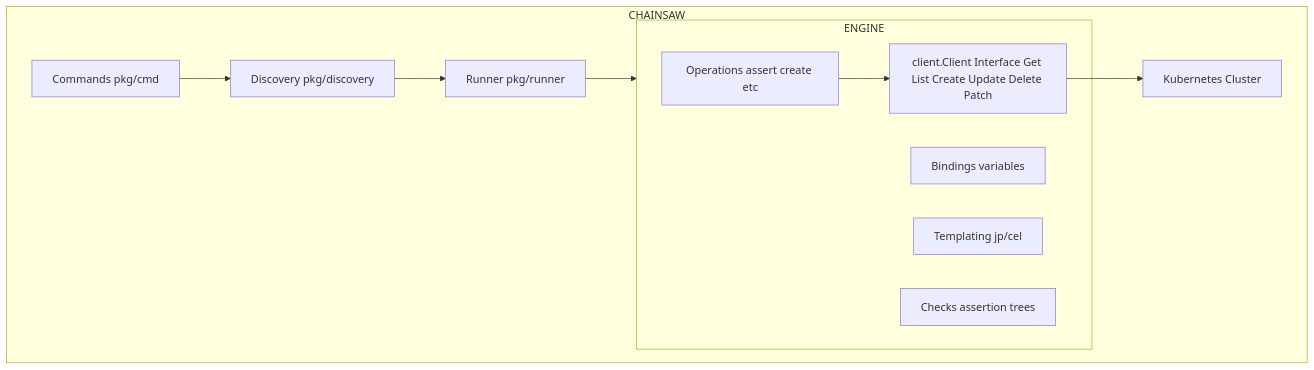
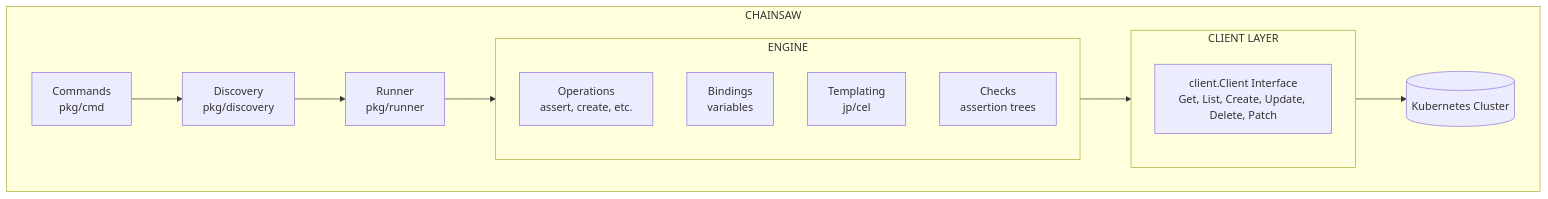
One commit to JagjeevanAK/kyverno-research-analysis changed the second of 3 diagrams in README.md. Above: the diagram before and after it, drawn with Mermaid. The commit also changed other lines of this file, not shown here.

Commit message:
minor fix

````diff
--- a/README.md
+++ b/README.md
@@ -130,19 +130,24 @@
 ```mermaid
 flowchart TD
   subgraph Chainsaw [CHAINSAW]
-    A[Commands pkg/cmd] --> B[Discovery pkg/discovery]
-    B --> C[Runner pkg/runner]
-
+    CMD[Commands<br/>pkg/cmd] --> DISC[Discovery<br/>pkg/discovery]
+    DISC --> RUN[Runner<br/>pkg/runner]
+    
     subgraph Engine [ENGINE]
-      OPS[Operations assert create etc]
-      BIND[Bindings variables]
-      TPL[Templating jp/cel]
-      CHK[Checks assertion trees]
-      CLIENT["client.Client Interface Get List Create Update Delete Patch"]
+      direction TB
+      OPS[Operations<br/>assert, create, etc.]
+      BIND[Bindings<br/>variables]
+      TPL[Templating<br/>jp/cel]
+      CHK[Checks<br/>assertion trees]
     end
-
-    C --> Engine
-    OPS --> CLIENT
-    CLIENT --> K8S[Kubernetes Cluster]
+    
+    RUN --> Engine
+    
+    subgraph ClientLayer [CLIENT LAYER]
+      CLIENT[client.Client Interface<br/>Get, List, Create, Update, Delete, Patch]
+    end
+    
+    OPS --> ClientLayer
+    ClientLayer --> K8S[(Kubernetes Cluster)]
   end
 ```
````
